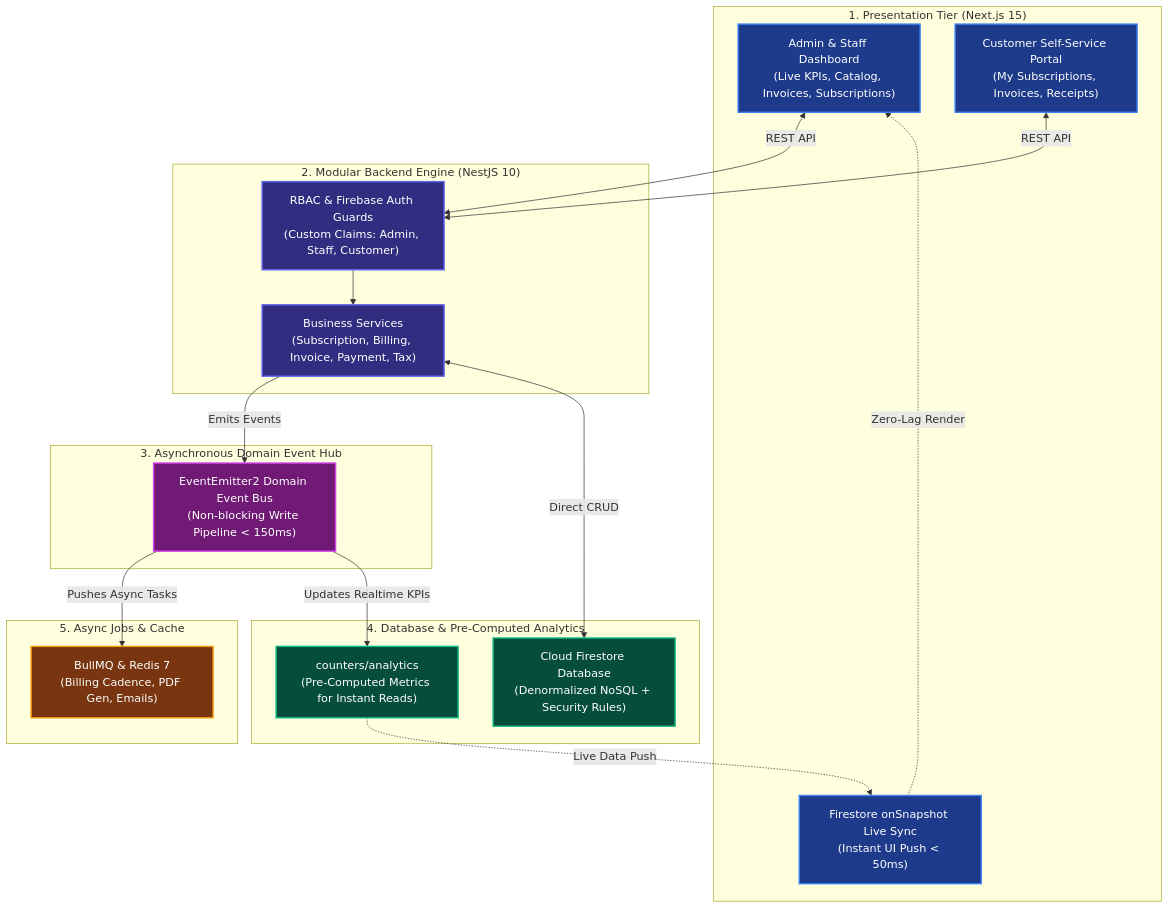
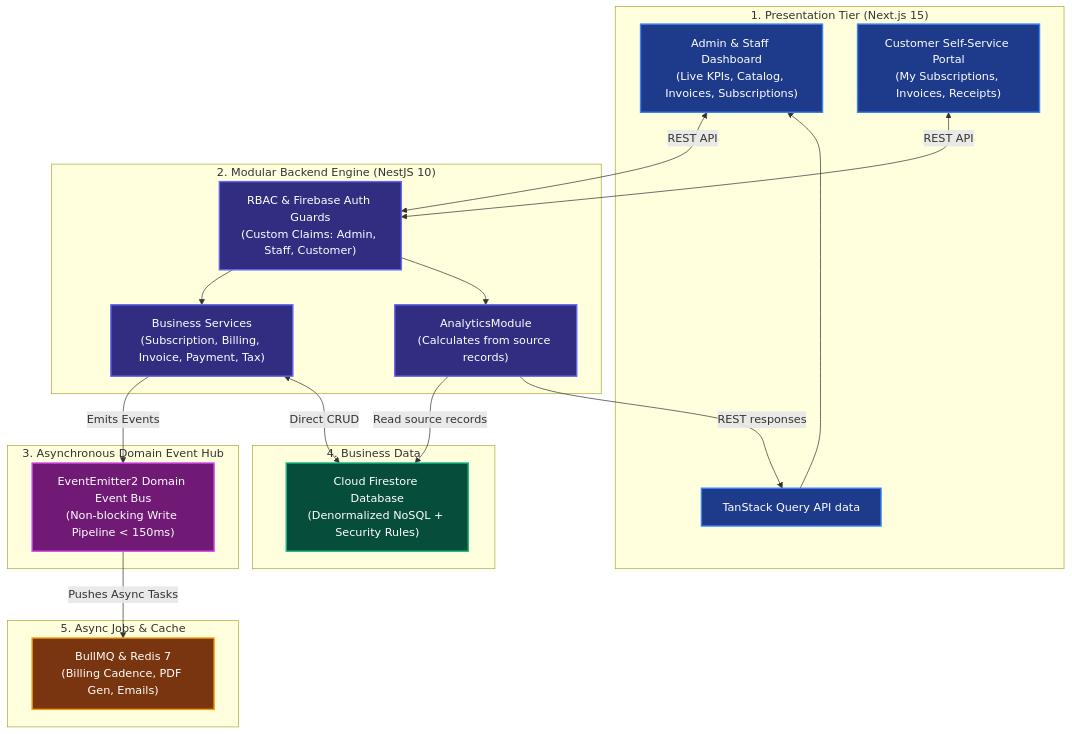
One commit to anandhukrishnaas1/SubFlow changed the diagram in README.md. Above: the diagram before and after it, drawn with Mermaid. The commit also changed other lines of this file and 47 other files, not shown here.

````diff
--- a/README.md
+++ b/README.md
@@ -17,43 +17,44 @@
 ```mermaid
 flowchart TB
     %% Styling Classes
     classDef clientTier fill:#1e3a8a,stroke:#3b82f6,stroke-width:2px,color:#ffffff;
     classDef apiTier fill:#312e81,stroke:#6366f1,stroke-width:2px,color:#ffffff;
     classDef eventTier fill:#701a75,stroke:#d946ef,stroke-width:2px,color:#ffffff;
     classDef dataTier fill:#064e3b,stroke:#10b981,stroke-width:2px,color:#ffffff;
     classDef asyncTier fill:#78350f,stroke:#f59e0b,stroke-width:2px,color:#ffffff;
 
     subgraph CLIENT["1. Presentation Tier (Next.js 15)"]
         ADMIN_UI["Admin & Staff Dashboard<br/>(Live KPIs, Catalog, Invoices, Subscriptions)"]:::clientTier
         PORTAL_UI["Customer Self-Service Portal<br/>(My Subscriptions, Invoices, Receipts)"]:::clientTier
-        LIVE_SYNC["Firestore onSnapshot Live Sync<br/>(Instant UI Push < 50ms)"]:::clientTier
+        QUERY_CACHE["TanStack Query API data"]:::clientTier
     end
 
     subgraph GATEWAY["2. Modular Backend Engine (NestJS 10)"]
         AUTH_GUARD["RBAC & Firebase Auth Guards<br/>(Custom Claims: Admin, Staff, Customer)"]:::apiTier
         CORE_SERVICES["Business Services<br/>(Subscription, Billing, Invoice, Payment, Tax)"]:::apiTier
+        ANALYTICS["AnalyticsModule<br/>(Calculates from source records)"]:::apiTier
     end
 
     subgraph EVENTS["3. Asynchronous Domain Event Hub"]
         BUS["EventEmitter2 Domain Event Bus<br/>(Non-blocking Write Pipeline < 150ms)"]:::eventTier
     end
 
-    subgraph DATA["4. Database & Pre-Computed Analytics"]
+    subgraph DATA["4. Business Data"]
         FIRESTORE["Cloud Firestore Database<br/>(Denormalized NoSQL + Security Rules)"]:::dataTier
-        COUNTERS["counters/analytics<br/>(Pre-Computed Metrics for Instant Reads)"]:::dataTier
     end
 
     subgraph WORKERS["5. Async Jobs & Cache"]
         QUEUE["BullMQ & Redis 7<br/>(Billing Cadence, PDF Gen, Emails)"]:::asyncTier
     end
 
     ADMIN_UI <-->|REST API| AUTH_GUARD
     PORTAL_UI <-->|REST API| AUTH_GUARD
     AUTH_GUARD --> CORE_SERVICES
+    AUTH_GUARD --> ANALYTICS
     CORE_SERVICES -->|Emits Events| BUS
     CORE_SERVICES <-->|Direct CRUD| FIRESTORE
+    ANALYTICS -->|Read source records| FIRESTORE
     BUS -->|Pushes Async Tasks| QUEUE
-    BUS -->|Updates Realtime KPIs| COUNTERS
-    COUNTERS -.->|Live Data Push| LIVE_SYNC
-    LIVE_SYNC -.->|Zero-Lag Render| ADMIN_UI
+    ANALYTICS -->|REST responses| QUERY_CACHE
+    QUERY_CACHE --> ADMIN_UI
 ```
````
